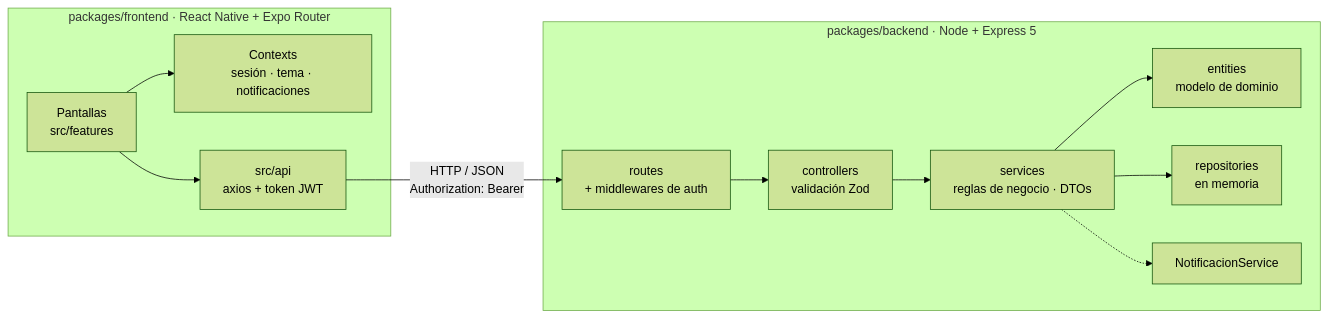
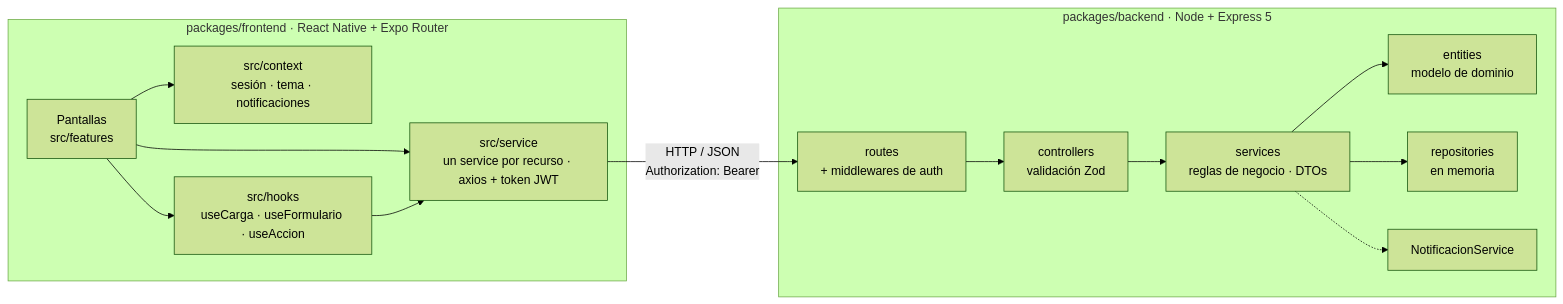
The diagram in README.md (taro-nrz/ticket-it), drawn with Mermaid (forest theme) before and after one commit. The commit also changed other lines of this file and 5 other files, not shown here.

````diff
--- a/README.md
+++ b/README.md
@@ -28,15 +30,17 @@
 ```mermaid
 flowchart LR
   subgraph Frontend["packages/frontend · React Native + Expo Router"]
-    P[Pantallas<br/>src/features] --> C[Contexts<br/>sesión · tema · notificaciones]
-    P --> A[src/api<br/>axios + token JWT]
+    P[Pantallas<br/>src/features] --> C[src/context<br/>sesión · tema · notificaciones]
+    P --> H[src/hooks<br/>useCarga · useFormulario · useAccion]
+    P --> A[src/service<br/>un service por recurso · axios + token JWT]
+    H --> A
   end
   A -- "HTTP / JSON<br/>Authorization: Bearer" --> R
   subgraph Backend["packages/backend · Node + Express 5"]
     R[routes<br/>+ middlewares de auth] --> CT[controllers<br/>validación Zod]
     CT --> S[services<br/>reglas de negocio · DTOs]
     S --> E[entities<br/>modelo de dominio]
     S --> RP[repositories<br/>en memoria]
     S -.-> N[NotificacionService]
   end
 ```
````
